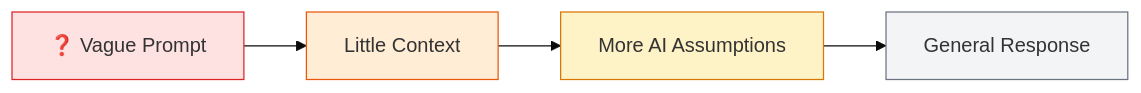
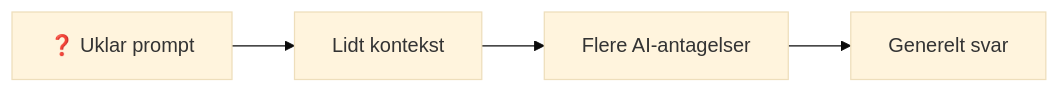
The third of 6 diagrams in Ugeplan 3 - Store Sprogmodeller & Prompt Engineering/Artikler/What is Prompt Engineering.md (zk222ac001/Python-Programmering-med-AI-and-Agentic-Systems), drawn with Mermaid (base theme) before and after one commit. The commit also changed other lines of this file, not shown here.

Commit message:
Oversæt artikel om prompt engineering til dansk

````diff
--- a/Ugeplan 3 - Store Sprogmodeller & Prompt Engineering/Artikler/What is Prompt Engineering.md
+++ b/Ugeplan 3 - Store Sprogmodeller & Prompt Engineering/Artikler/What is Prompt Engineering.md
@@ -455,11 +418,6 @@
 ```mermaid
 flowchart LR
-    A["❓ Vague Prompt"] --> B["Little Context"]
-    B --> C["More AI Assumptions"]
-    C --> D["General Response"]
-
-    style A fill:#fee2e2,stroke:#dc2626
-    style B fill:#ffedd5,stroke:#ea580c
-    style C fill:#fef3c7,stroke:#d97706
-    style D fill:#f3f4f6,stroke:#6b7280
+    A["❓ Uklar prompt"] --> B["Lidt kontekst"]
+    B --> C["Flere AI-antagelser"]
+    C --> D["Generelt svar"]
 ```
````
